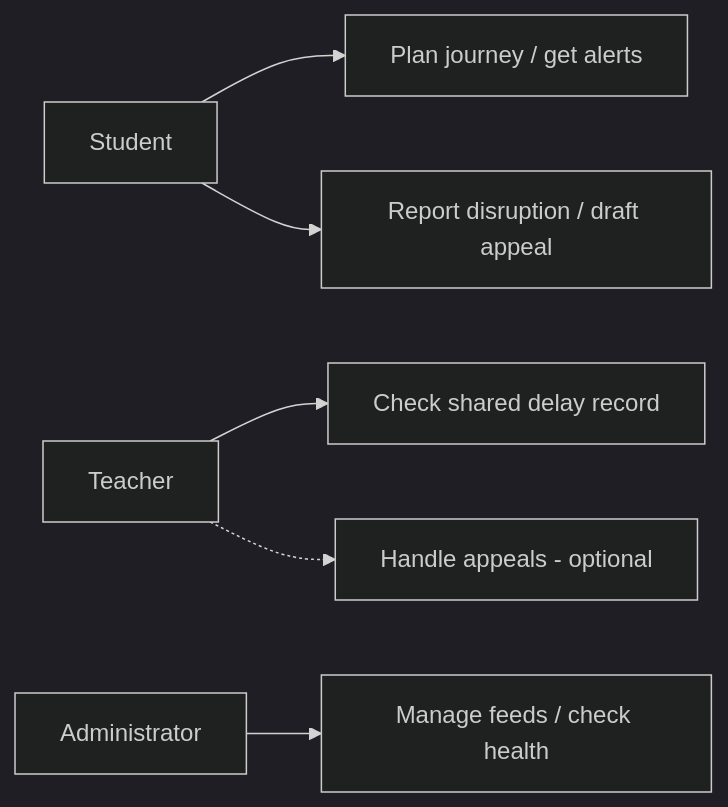
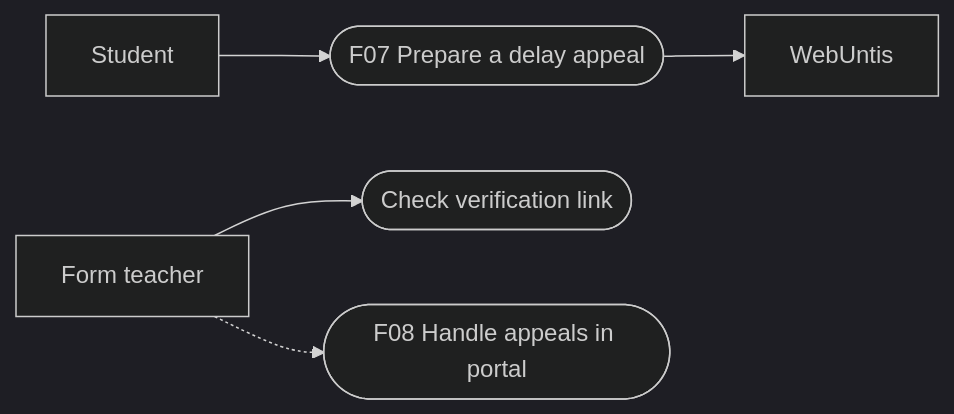
One commit to LPuehringerStudent/LeoWay changed the tenth of 19 diagrams in docs/LeoWay-System-Specification.md. Above: the diagram before and after it, drawn with Mermaid (dark theme). The commit also changed other lines of this file and 3 other files, not shown here.

````diff
--- a/docs/LeoWay-System-Specification.md
+++ b/docs/LeoWay-System-Specification.md
@@ -68,9 +367,8 @@
 ```mermaid
-%% use-cases
+%% use-case
 flowchart LR
-  S[Student] --> U[Plan journey / get alerts]
-  S --> R[Report disruption / draft appeal]
-  T[Teacher] --> V[Check shared delay record]
-  T -.-> P[Handle appeals - optional]
-  A[Administrator] --> H[Manage feeds / check health]
+  S[Student] --> F07([F07 Prepare a delay appeal])
+  T[Form teacher] --> V([Check verification link])
+  T -.-> F08([F08 Handle appeals in portal])
+  F07 --> W[WebUntis]
 ```
````
